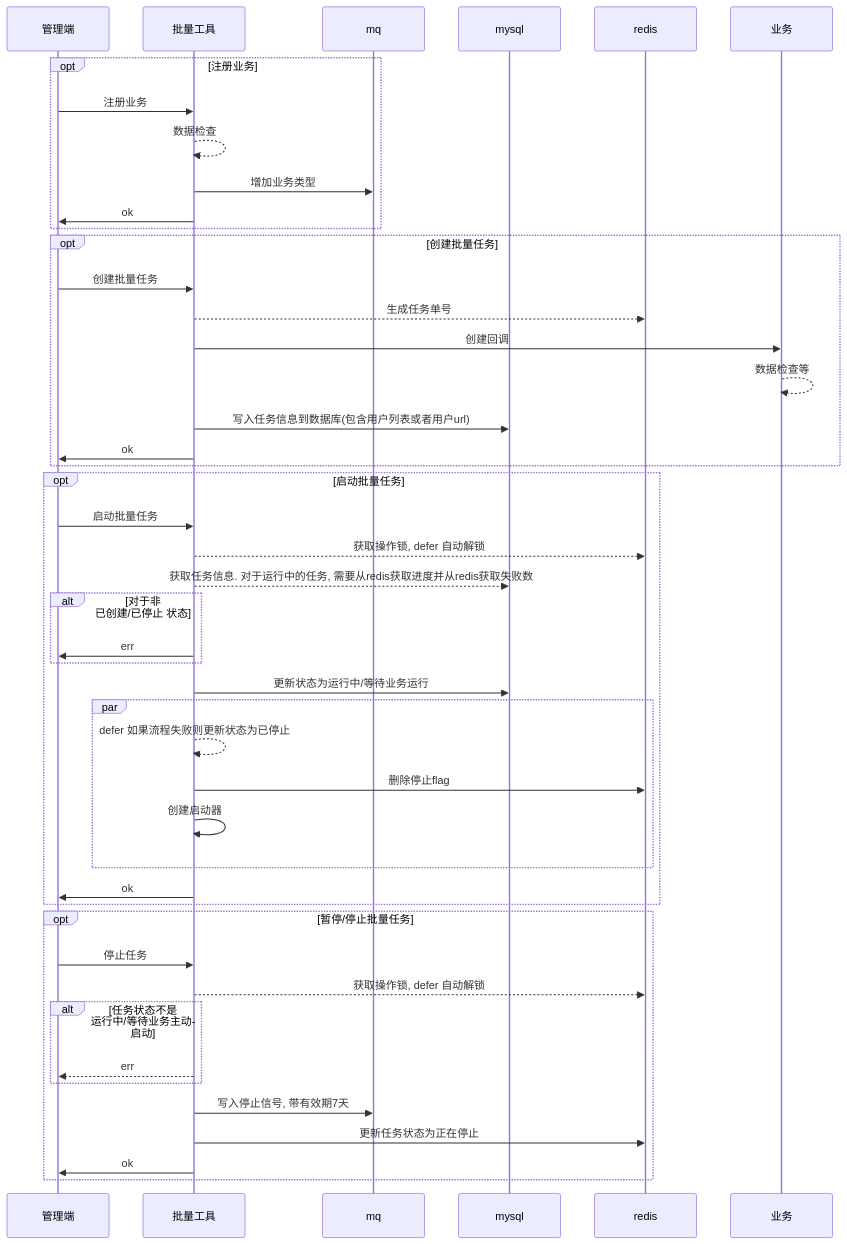
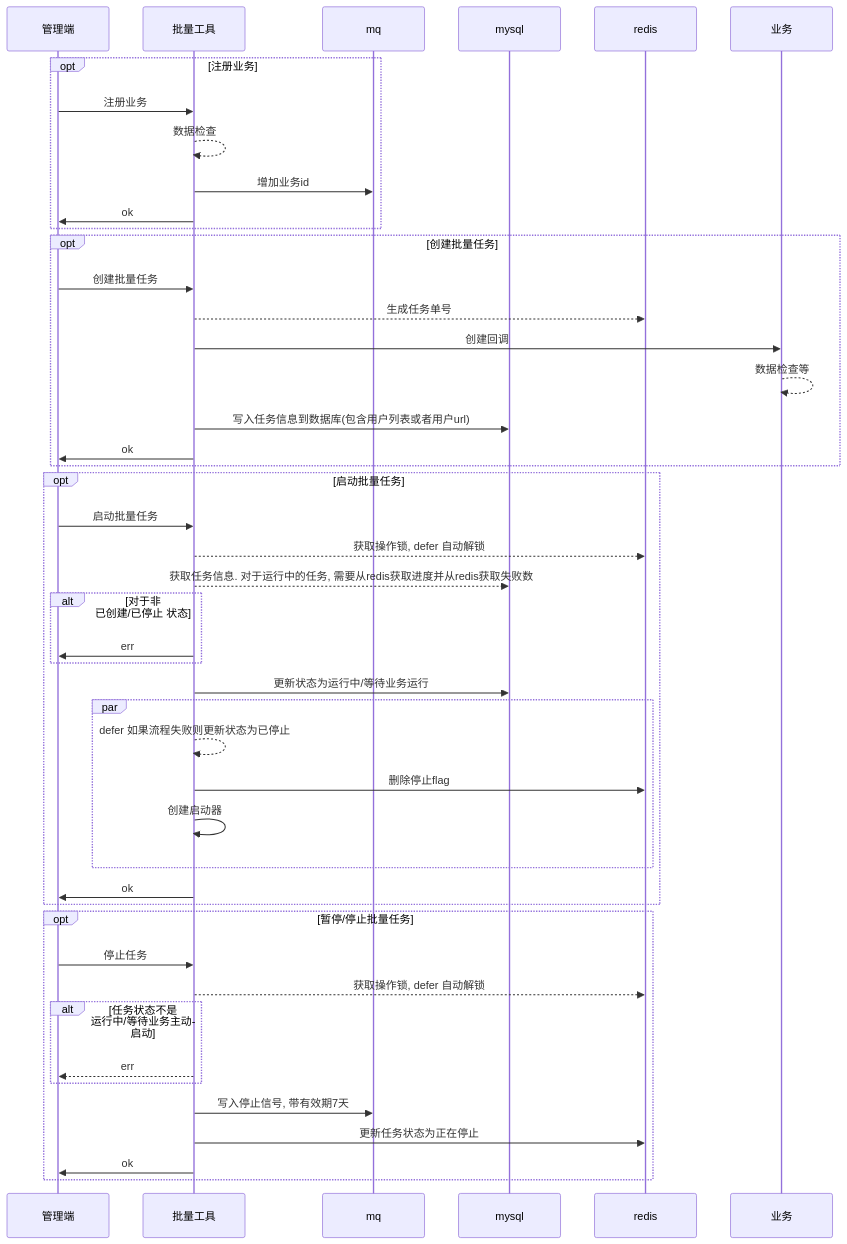
The first of 5 diagrams in readme.md (zlyuancn/batch_job), drawn with Mermaid before and after one commit. The commit also changed 15 other files, not shown here.

````diff
--- a/readme.md
+++ b/readme.md
@@ -28,52 +28,52 @@
 ```mermaid
 sequenceDiagram
 participant a as 管理端
 participant b as 批量工具
 participant c as mq
 participant d as mysql
 participant e as redis
 participant f as 业务
 
 opt 注册业务
 a ->> b: 注册业务
 b -->> b: 数据检查
-b ->> c: 增加业务类型
+b ->> c: 增加业务id
 b ->> a: ok
 end
 
 opt 创建批量任务
 a ->> b: 创建批量任务
 b -->> e: 生成任务单号
 b ->> f: 创建回调
 f -->> f: 数据检查等
 b ->> d: 写入任务信息到数据库(包含用户列表或者用户url)
 b ->> a: ok
 end
 
 opt 启动批量任务
 a ->> b: 启动批量任务
 b -->> e: 获取操作锁, defer 自动解锁
 b -->> d: 获取任务信息. 对于运行中的任务, 需要从redis获取进度并从redis获取失败数
 alt 对于非 已创建/已停止 状态
   b ->> a: err
 end
 b ->> d: 更新状态为运行中/等待业务运行
 par
   b -->> b: defer 如果流程失败则更新状态为已停止
   b ->> e: 删除停止flag
   b ->> b: 创建启动器
 end
 b ->> a: ok
 end
 
 opt 暂停/停止批量任务
   a->>b: 停止任务
   b -->> e: 获取操作锁, defer 自动解锁
   alt 任务状态不是 运行中/等待业务主动启动
      b -->> a: err
   end
   b->>c: 写入停止信号, 带有效期7天
   b->>e: 更新任务状态为正在停止
   b->>a: ok
 end
 ```
````
